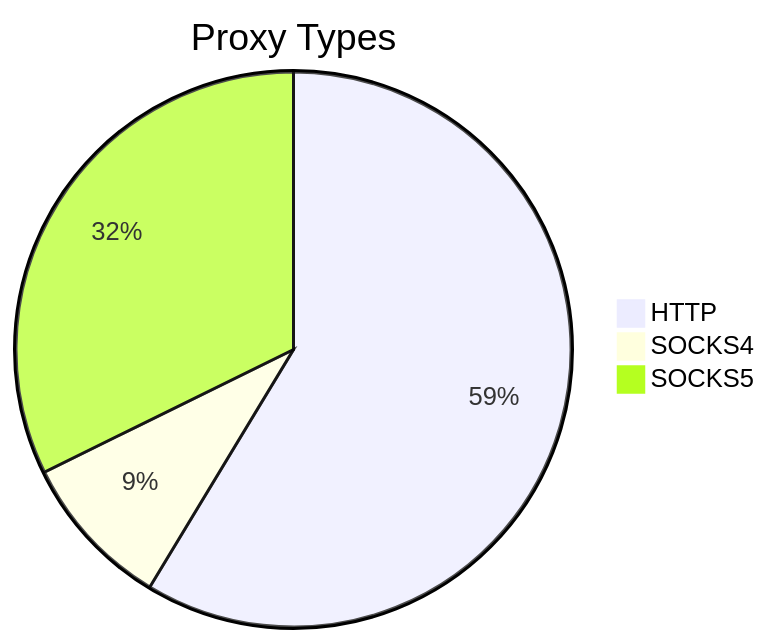
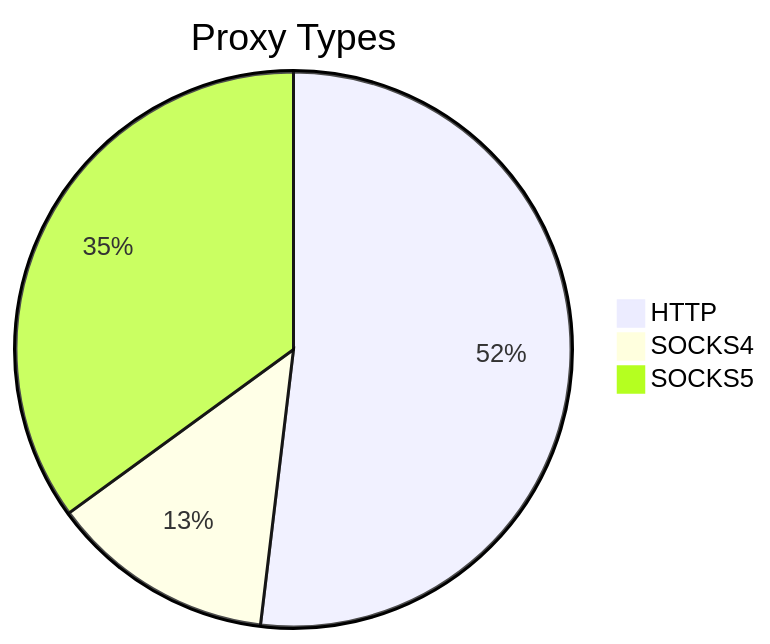
The first of 2 diagrams in README.md (stormsia/proxy-list), drawn with Mermaid before and after one commit. The commit also changed other lines of this file, not shown here.

````diff
--- a/README.md
+++ b/README.md
@@ -21,6 +21,6 @@
 ```mermaid
 pie title Proxy Types
-    "HTTP" : 149
-    "SOCKS4" : 23
-    "SOCKS5" : 82
+    "HTTP" : 123
+    "SOCKS4" : 31
+    "SOCKS5" : 83
 ```
````
